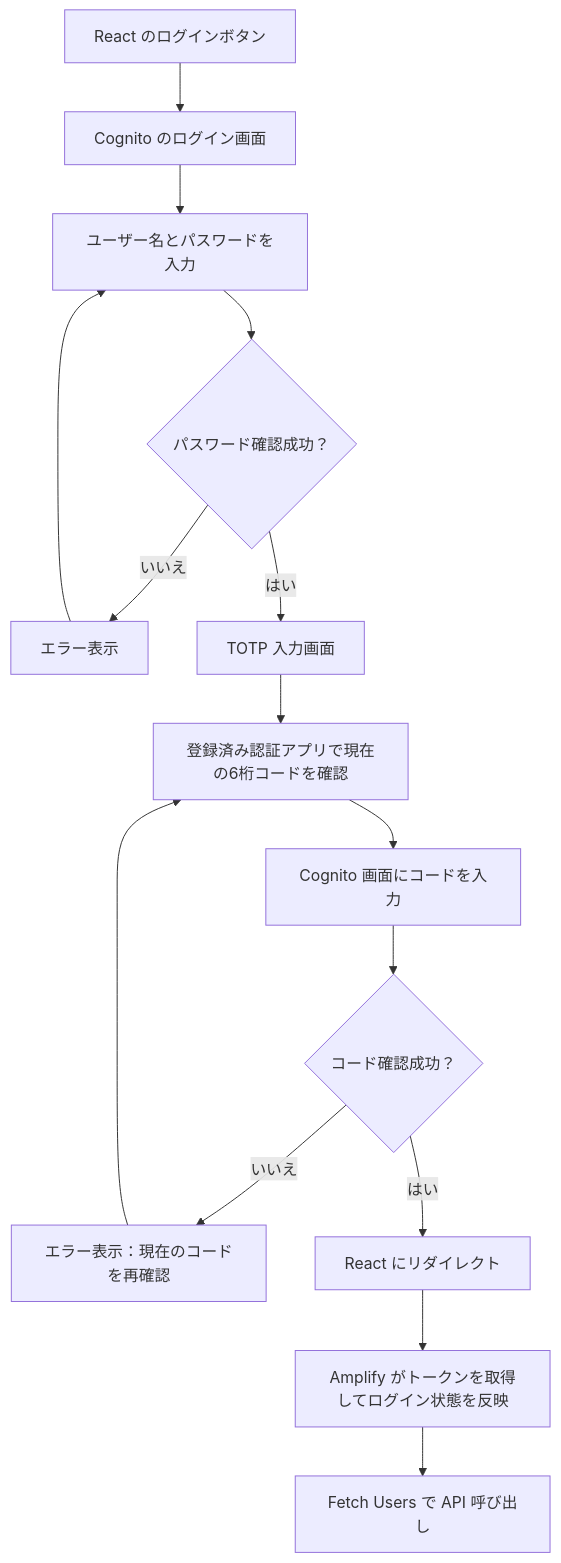
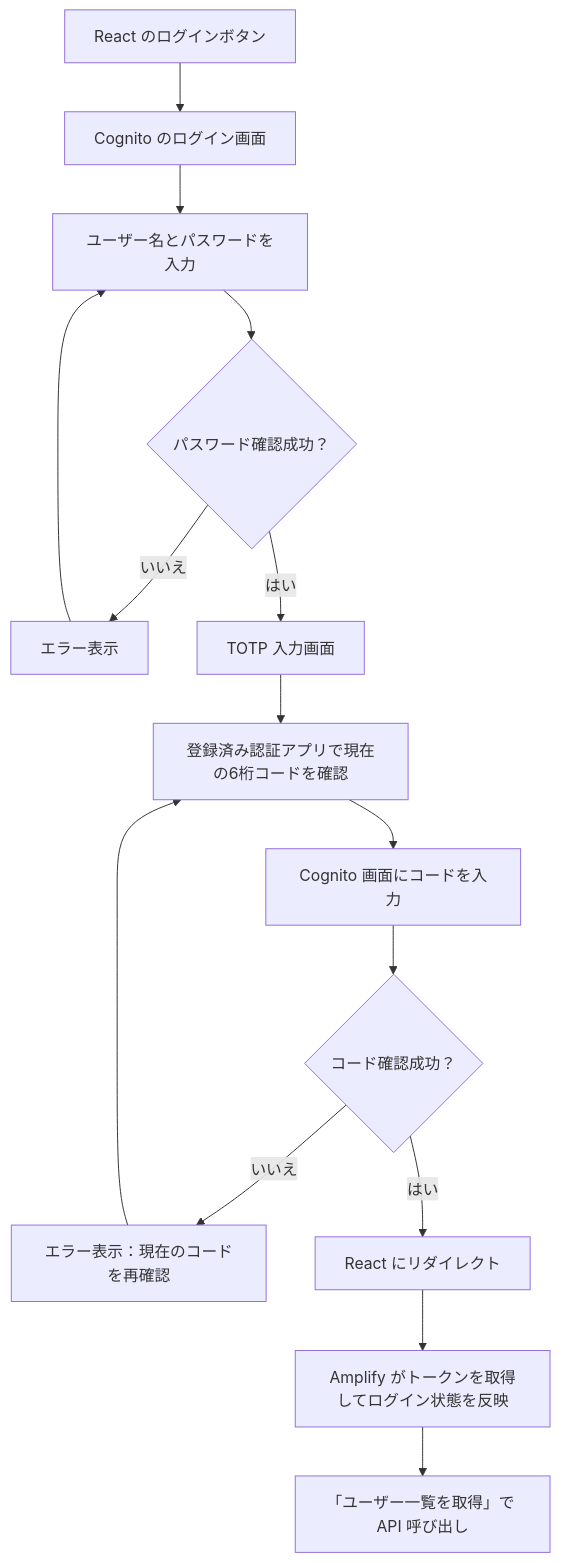
The second of 7 diagrams in docs/mfa-flows.md (tayutaedomo/react-cognito-sandbox), drawn with Mermaid before and after one commit. The commit also changed other lines of this file and 8 other files, not shown here.

````diff
--- a/docs/mfa-flows.md
+++ b/docs/mfa-flows.md
@@ -70,17 +70,17 @@
 ```mermaid
 flowchart TD
     Start["React のログインボタン"] --> Login["Cognito のログイン画面"]
     Login --> Password["ユーザー名とパスワードを入力"]
     Password --> PasswordOK{"パスワード確認成功？"}
     PasswordOK -->|いいえ| PasswordError["エラー表示"]
     PasswordError --> Password
     PasswordOK -->|はい| Prompt["TOTP 入力画面"]
     Prompt --> App["登録済み認証アプリで現在の6桁コードを確認"]
     App --> Input["Cognito 画面にコードを入力"]
     Input --> CodeOK{"コード確認成功？"}
     CodeOK -->|いいえ| CodeError["エラー表示：現在のコードを再確認"]
     CodeError --> App
     CodeOK -->|はい| Callback["React にリダイレクト"]
     Callback --> Session["Amplify がトークンを取得してログイン状態を反映"]
-    Session --> API["Fetch Users で API 呼び出し"]
+    Session --> API["「ユーザー一覧を取得」で API 呼び出し"]
 ```
````
